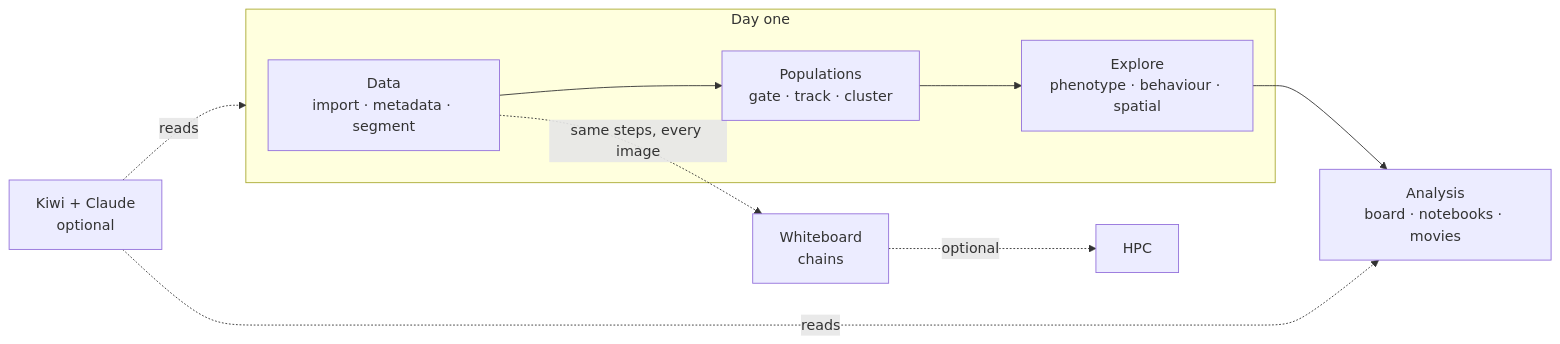
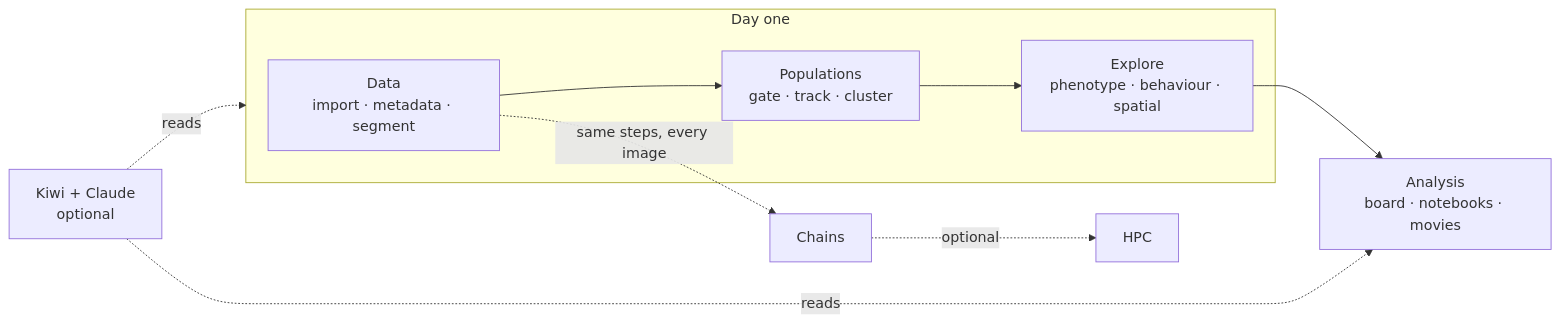
One commit to schienstockd/cecelia changed the diagram in user-docs/README.md. Above: the diagram before and after it, drawn with Mermaid. The commit also changed other lines of this file and 20 other files, not shown here.

````diff
--- a/user-docs/README.md
+++ b/user-docs/README.md
@@ -7,12 +7,12 @@
 ```mermaid
 flowchart LR
   subgraph core["Day one"]
     D[Data<br/>import · metadata · segment] --> P[Populations<br/>gate · track · cluster]
     P --> E[Explore<br/>phenotype · behaviour · spatial]
   end
   E --> A[Analysis<br/>board · notebooks · movies]
-  D -. same steps, every image .-> W[Whiteboard<br/>chains]
+  D -. same steps, every image .-> W[Chains]
   W -. optional .-> H[HPC]
   K[Kiwi + Claude<br/>optional] -. reads .-> core
   K -. reads .-> A
 ```
````
